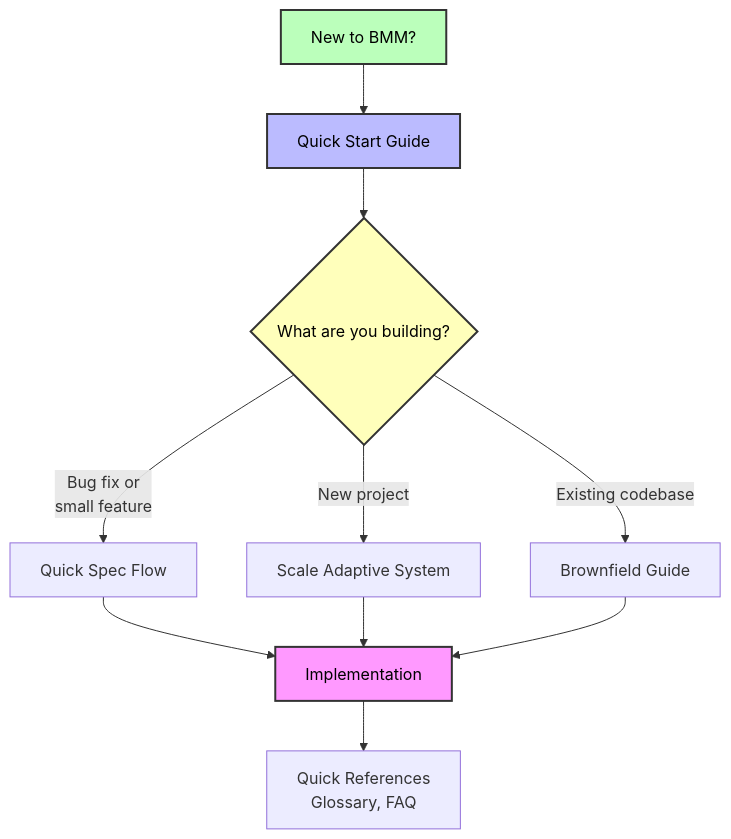
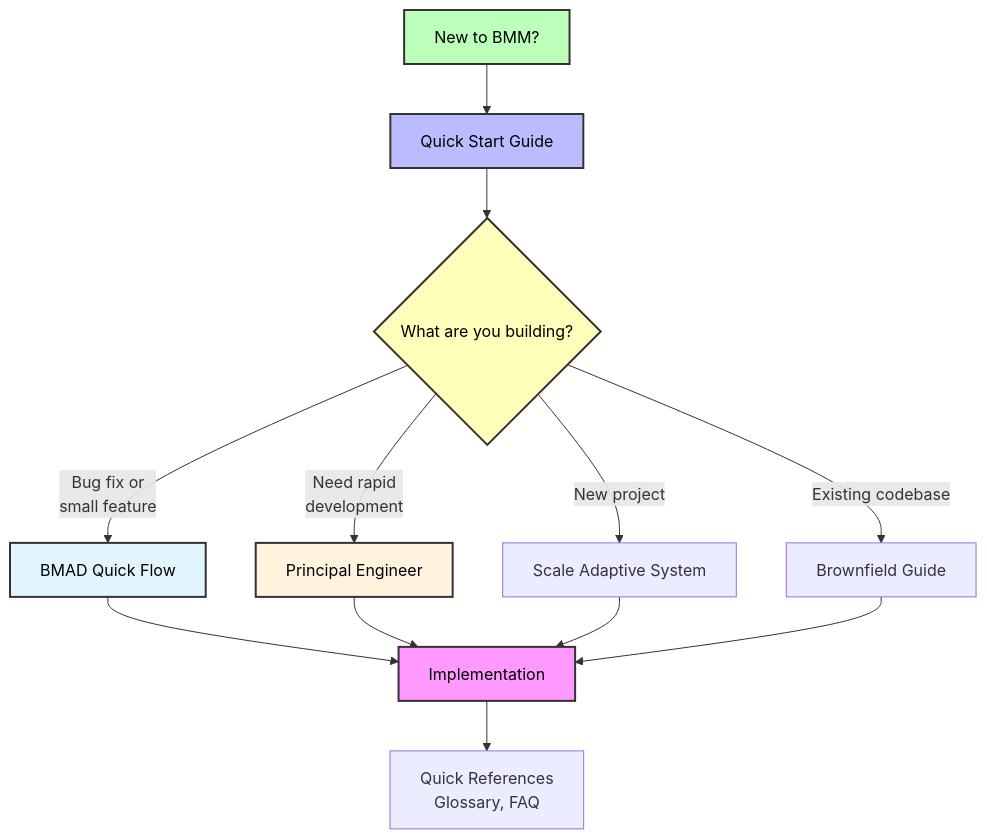
One commit to vivek-dataskate/CBLAeroDelivery changed the diagram in src/modules/bmm/docs/README.md. Above: the diagram before and after it, drawn with Mermaid. The commit also changed other lines of this file and 61 other files, not shown here.

````diff
--- a/src/modules/bmm/docs/README.md
+++ b/src/modules/bmm/docs/README.md
@@ -205,22 +213,26 @@
 ```mermaid
 flowchart TD
     START[New to BMM?]
     START --> QS[Quick Start Guide]
 
     QS --> DECIDE{What are you building?}
 
-    DECIDE -->|Bug fix or<br/>small feature| QSF[Quick Spec Flow]
+    DECIDE -->|Bug fix or<br/>small feature| QF[BMAD Quick Flow]
+    DECIDE -->|Need rapid<br/>development| PE[Principal Engineer]
     DECIDE -->|New project| SAS[Scale Adaptive System]
     DECIDE -->|Existing codebase| BF[Brownfield Guide]
 
-    QSF --> IMPL[Implementation]
+    QF --> IMPL[Implementation]
+    PE --> IMPL
     SAS --> IMPL
     BF --> IMPL
 
     IMPL --> REF[Quick References<br/>Glossary, FAQ]
 
     style START fill:#bfb,stroke:#333,stroke-width:2px,color:#000
     style QS fill:#bbf,stroke:#333,stroke-width:2px,color:#000
     style DECIDE fill:#ffb,stroke:#333,stroke-width:2px,color:#000
+    style QF fill:#e1f5fe,stroke:#333,stroke-width:2px,color:#000
+    style PE fill:#fff3e0,stroke:#333,stroke-width:2px,color:#000
     style IMPL fill:#f9f,stroke:#333,stroke-width:2px,color:#000
 ```
````
